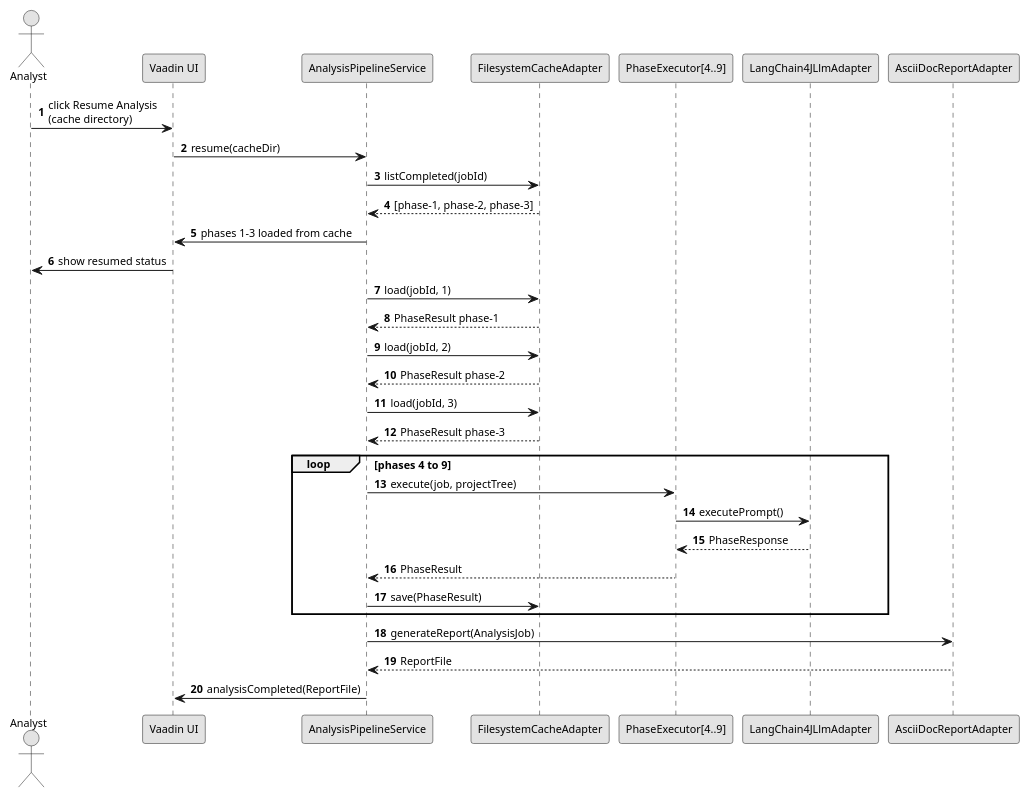
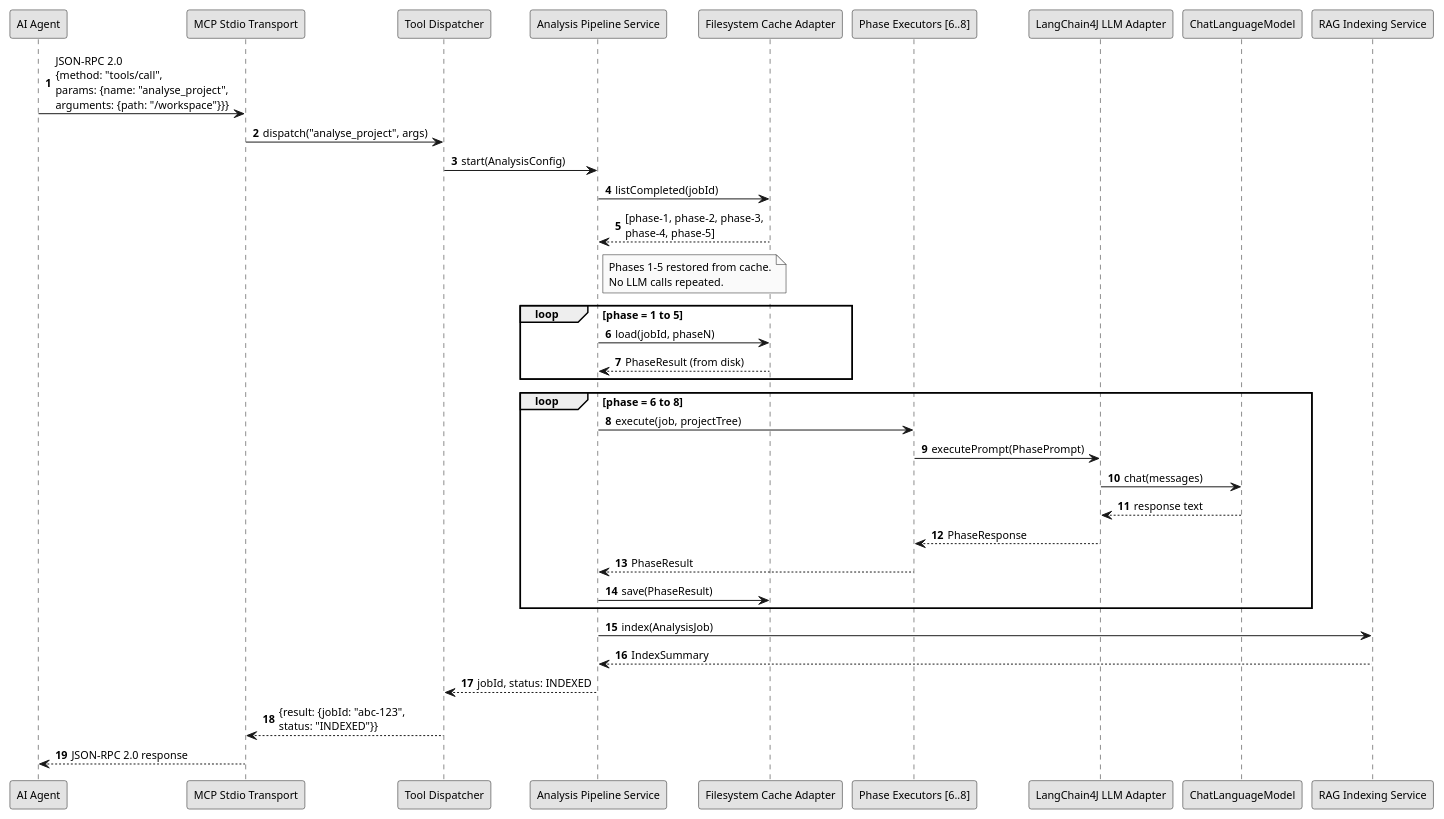
Before and after one commit to JohannesRabauer/java-project-analyser: the fourth of 6 diagrams in src/docs/arc42/chapters/06-runtime-view.adoc, drawn with PlantUML. The commit also changed other lines of this file and 20 other files, not shown here.

```diff
--- a/src/docs/arc42/chapters/06-runtime-view.adoc
+++ b/src/docs/arc42/chapters/06-runtime-view.adoc
@@ -91,43 +177,52 @@
-[plantuml, sc-03-resume, svg]
+[plantuml, sc-04-resume, svg]
 ....
 @startuml
 skinparam monochrome true
 skinparam defaultFontSize 11
 autonumber
 
-actor Analyst
-participant "Vaadin UI" as UI
-participant "AnalysisPipelineService" as Pipeline
-participant "FilesystemCacheAdapter" as Cache
-participant "PhaseExecutor[4..9]" as Phase
-participant "LangChain4JLlmAdapter" as LlmAdapter
-participant "AsciiDocReportAdapter" as Report
+participant "AI Agent" as Agent
+participant "MCP Stdio Transport" as Transport
+participant "Tool Dispatcher" as Dispatcher
+participant "Analysis Pipeline Service" as Pipeline
+participant "Filesystem Cache Adapter" as Cache
+participant "Phase Executors [6..8]" as Phase
+participant "LangChain4J LLM Adapter" as LlmAdapter
+participant "ChatLanguageModel" as LLM
+participant "RAG Indexing Service" as RagIndexer
 
-Analyst -> UI : click Resume Analysis\n(cache directory)
-UI -> Pipeline : resume(cacheDir)
+Agent -> Transport : JSON-RPC 2.0\n{method: "tools/call",\nparams: {name: "analyse_project",\narguments: {path: "/workspace"}}}
+Transport -> Dispatcher : dispatch("analyse_project", args)
+Dispatcher -> Pipeline : start(AnalysisConfig)
+
 Pipeline -> Cache : listCompleted(jobId)
-Cache --> Pipeline : [phase-1, phase-2, phase-3]
+Cache --> Pipeline : [phase-1, phase-2, phase-3,\nphase-4, phase-5]
 
-Pipeline -> UI : phases 1–3 loaded from cache
-UI -> Analyst : show resumed status
+note right of Pipeline
+  Phases 1–5 restored from cache.
+  No LLM calls repeated.
+end note
 
-Pipeline -> Cache : load(jobId, 1)
-Cache --> Pipeline : PhaseResult phase-1
-Pipeline -> Cache : load(jobId, 2)
-Cache --> Pipeline : PhaseResult phase-2
-Pipeline -> Cache : load(jobId, 3)
-Cache --> Pipeline : PhaseResult phase-3
+loop phase = 1 to 5
+  Pipeline -> Cache : load(jobId, phaseN)
+  Cache --> Pipeline : PhaseResult (from disk)
+end
 
-loop phases 4 to 9
+loop phase = 6 to 8
   Pipeline -> Phase : execute(job, projectTree)
-  Phase -> LlmAdapter : executePrompt()
+  Phase -> LlmAdapter : executePrompt(PhasePrompt)
+  LlmAdapter -> LLM : chat(messages)
+  LLM --> LlmAdapter : response text
   LlmAdapter --> Phase : PhaseResponse
   Phase --> Pipeline : PhaseResult
   Pipeline -> Cache : save(PhaseResult)
 end
 
-Pipeline -> Report : generateReport(AnalysisJob)
-Report --> Pipeline : ReportFile
-Pipeline -> UI : analysisCompleted(ReportFile)
+Pipeline -> RagIndexer : index(AnalysisJob)
+RagIndexer --> Pipeline : IndexSummary
+
+Pipeline --> Dispatcher : jobId, status: INDEXED
+Dispatcher --> Transport : {result: {jobId: "abc-123",\nstatus: "INDEXED"}}
+Transport --> Agent : JSON-RPC 2.0 response
 @enduml
 ....
```
